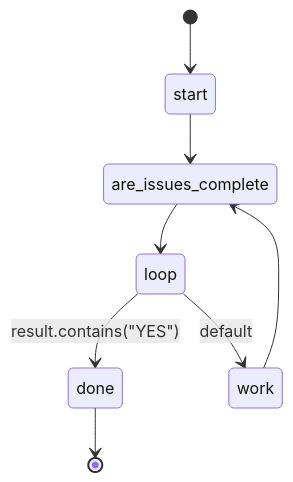
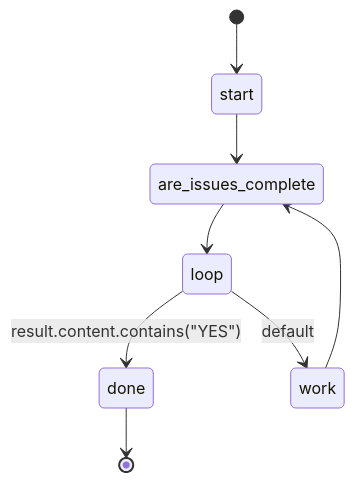
Before and after one commit to swissarmyhammer/swissarmyhammer: the diagram in builtin/workflows/implement.md, drawn with Mermaid. The commit also changed 6 other files, not shown here.

````diff
--- a/builtin/workflows/implement.md
+++ b/builtin/workflows/implement.md
@@ -10,10 +10,10 @@
 ```mermaid
 stateDiagram-v2
     [*] --> start
     start --> are_issues_complete
     are_issues_complete --> loop
-    loop --> done: result.contains("YES")
+    loop --> done: result.content.contains("YES")
     loop --> work: default
     work --> are_issues_complete
     done --> [*]
 ```
````
